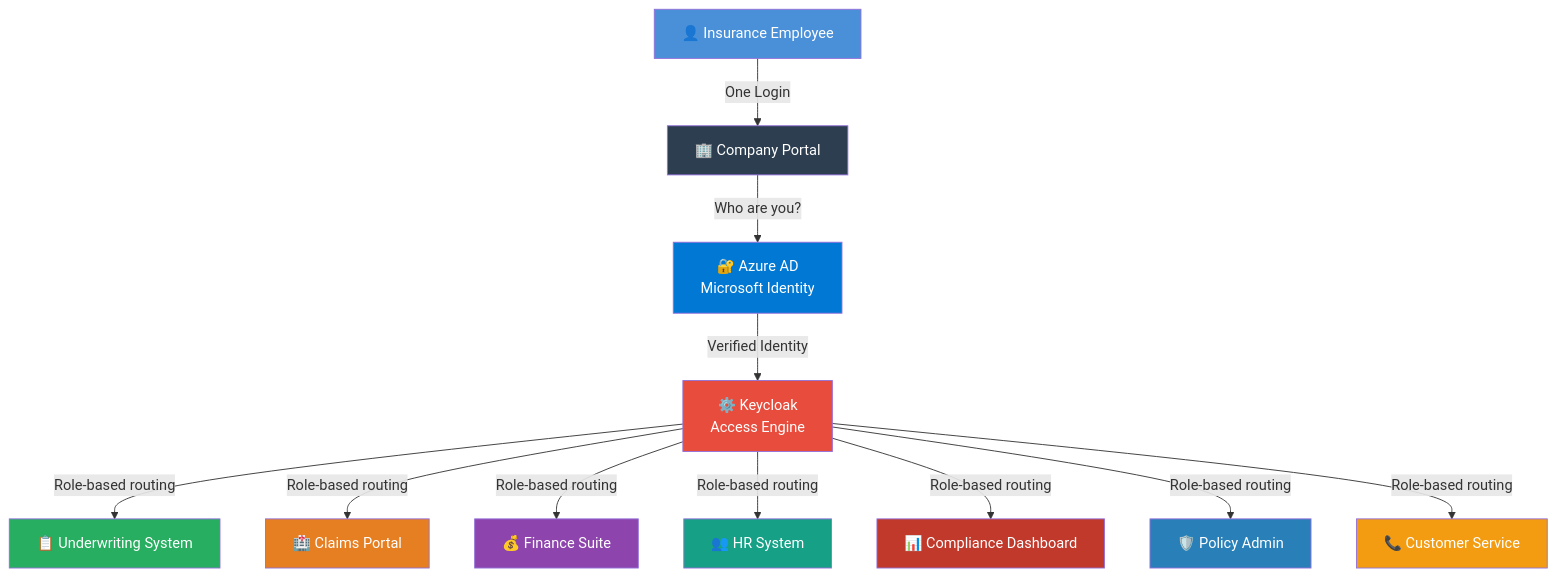
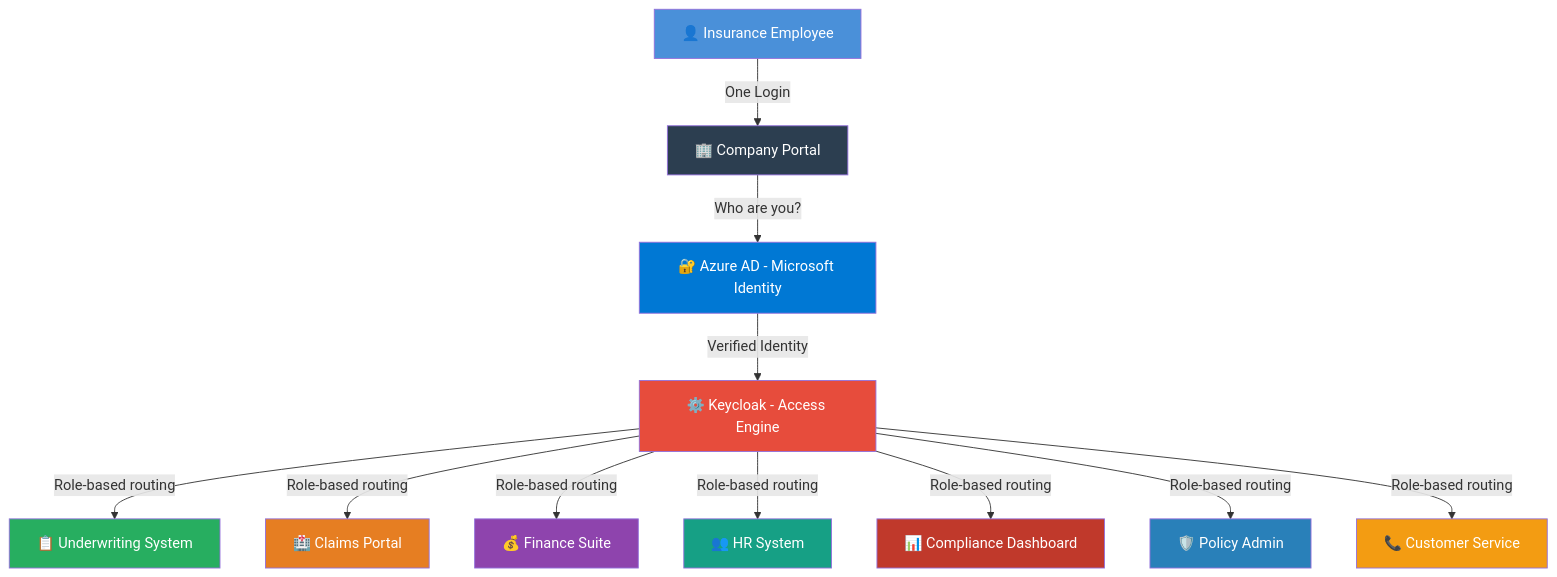
One commit to Mannokuruba/sso-keyclock changed the first of 21 diagrams in docs/INSURANCE-SSO-DESIGN.md. Above: the diagram before and after it, drawn with Mermaid. The commit also changed other lines of this file, not shown here.

Commit message:
fix: resolve Mermaid parse errors in insurance SSO diagrams

````diff
--- a/docs/INSURANCE-SSO-DESIGN.md
+++ b/docs/INSURANCE-SSO-DESIGN.md
@@ -25,25 +25,25 @@
 ```mermaid
 graph TD
-    A[👤 Insurance Employee] -->|One Login| B[🏢 Company Portal]
-    B -->|Who are you?| C[🔐 Azure AD\nMicrosoft Identity]
-    C -->|Verified Identity| D[⚙️ Keycloak\nAccess Engine]
-    D -->|Role-based routing| E[📋 Underwriting System]
-    D -->|Role-based routing| F[🏥 Claims Portal]
-    D -->|Role-based routing| G[💰 Finance Suite]
-    D -->|Role-based routing| H[👥 HR System]
-    D -->|Role-based routing| I[📊 Compliance Dashboard]
-    D -->|Role-based routing| J[🛡️ Policy Admin]
-    D -->|Role-based routing| K[📞 Customer Service]
+    A["👤 Insurance Employee"] -->|One Login| B["🏢 Company Portal"]
+    B -->|Who are you?| C["🔐 Azure AD - Microsoft Identity"]
+    C -->|Verified Identity| D["⚙️ Keycloak - Access Engine"]
+    D -->|Role-based routing| E["📋 Underwriting System"]
+    D -->|Role-based routing| F["🏥 Claims Portal"]
+    D -->|Role-based routing| G["💰 Finance Suite"]
+    D -->|Role-based routing| H["👥 HR System"]
+    D -->|Role-based routing| I["📊 Compliance Dashboard"]
+    D -->|Role-based routing| J["🛡️ Policy Admin"]
+    D -->|Role-based routing| K["📞 Customer Service"]
 
     style A fill:#4a90d9,color:#fff
     style B fill:#2c3e50,color:#fff
     style C fill:#0078d4,color:#fff
     style D fill:#e74c3c,color:#fff
     style E fill:#27ae60,color:#fff
     style F fill:#e67e22,color:#fff
     style G fill:#8e44ad,color:#fff
     style H fill:#16a085,color:#fff
     style I fill:#c0392b,color:#fff
     style J fill:#2980b9,color:#fff
     style K fill:#f39c12,color:#fff
 ```
````
